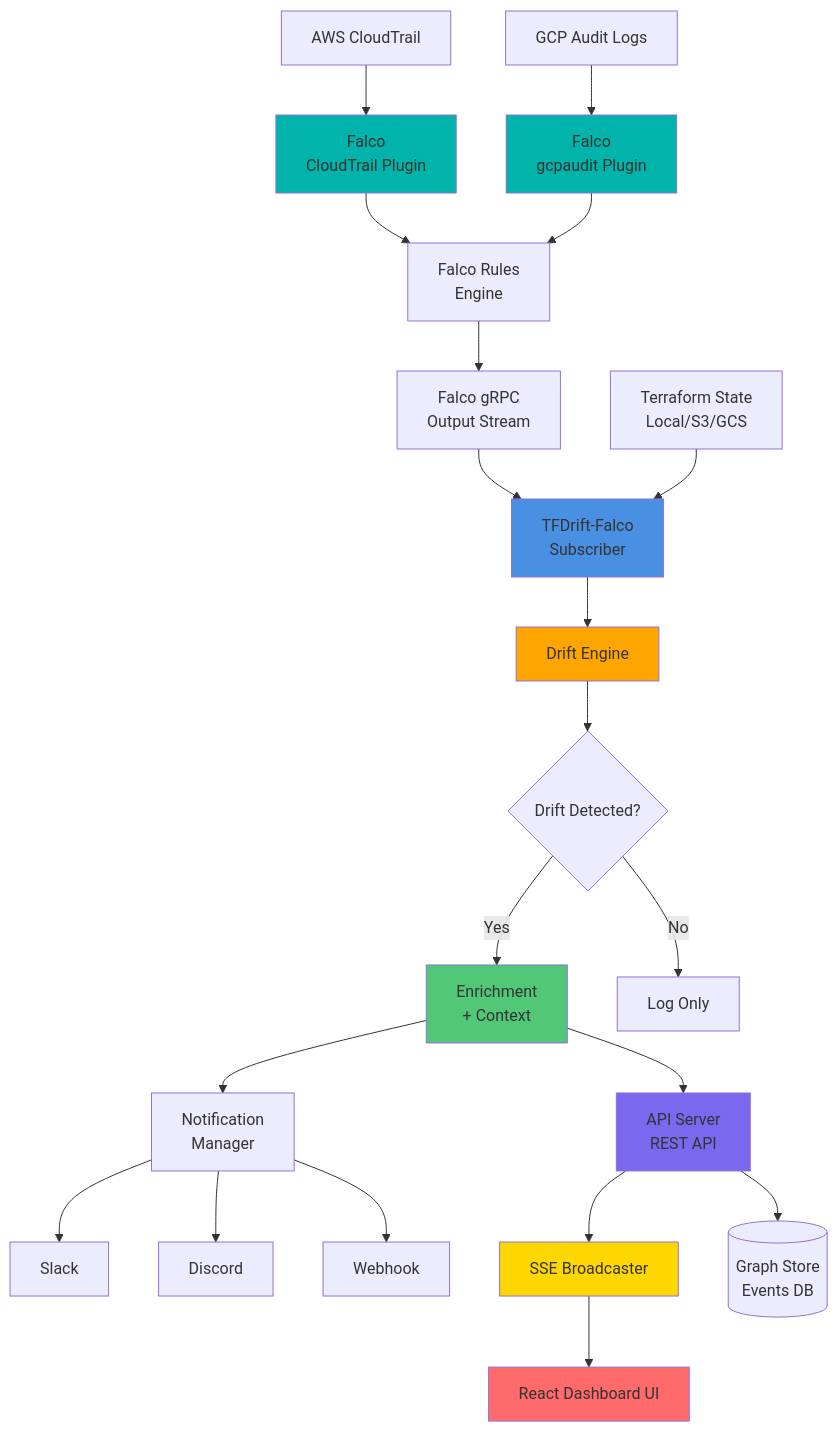
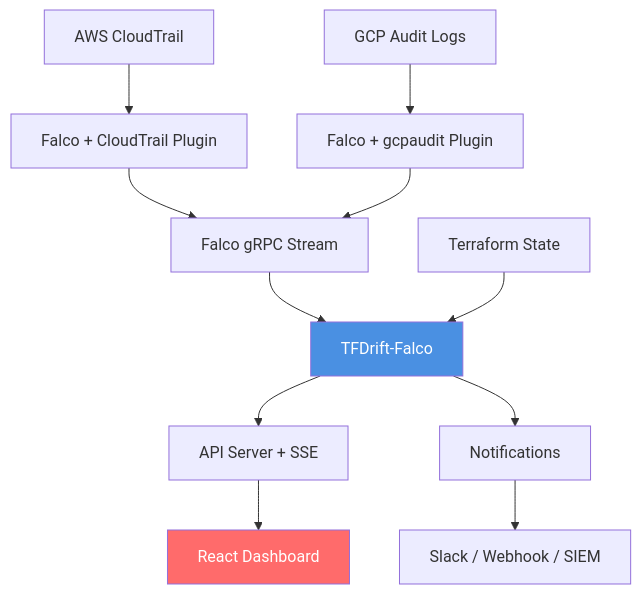
The second of 2 diagrams in README.md (higakikeita/tfdrift-falco), drawn with Mermaid before and after one commit. The commit also changed other lines of this file, not shown here.

````diff
--- a/README.md
+++ b/README.md
@@ -649,37 +225,16 @@
 ```mermaid
 graph TB
-    A[AWS CloudTrail] --> B[Falco<br/>CloudTrail Plugin]
-    A2[GCP Audit Logs] --> B2[Falco<br/>gcpaudit Plugin]
-    B --> C[Falco Rules<br/>Engine]
+    A[AWS CloudTrail] --> B[Falco + CloudTrail Plugin]
+    A2[GCP Audit Logs] --> B2[Falco + gcpaudit Plugin]
+    B --> C[Falco gRPC Stream]
     B2 --> C
-    C --> D[Falco gRPC<br/>Output Stream]
-    D --> E[TFDrift-Falco<br/>Subscriber]
+    C --> D[TFDrift-Falco]
+    E[Terraform State] --> D
+    D --> F[API Server + SSE]
+    D --> G[Notifications]
+    F --> H[React Dashboard]
+    G --> I[Slack / Webhook / SIEM]
 
-    F[Terraform State<br/>Local/S3/GCS] --> E
-
-    E --> G[Drift Engine]
-    G --> H{Drift Detected?}
-
-    H -->|Yes| I[Enrichment<br/>+ Context]
-    H -->|No| J[Log Only]
-
-    I --> K[Notification<br/>Manager]
-    K --> L[Slack]
-    K --> M[Discord]
-    K --> N[Webhook]
-
-    I --> O[API Server<br/>REST API]
-    O --> P[SSE Broadcaster]
-    P --> Q[React Dashboard UI]
-
-    O --> R[(Graph Store<br/>Events DB)]
-
-    style E fill:#4A90E2
-    style G fill:#FFA500
-    style I fill:#50C878
-    style B fill:#00B4AB
-    style B2 fill:#00B4AB
-    style O fill:#7B68EE
-    style Q fill:#FF6B6B
-    style P fill:#FFD700
+    style D fill:#4A90E2,color:#fff
+    style H fill:#FF6B6B,color:#fff
 ```
````
